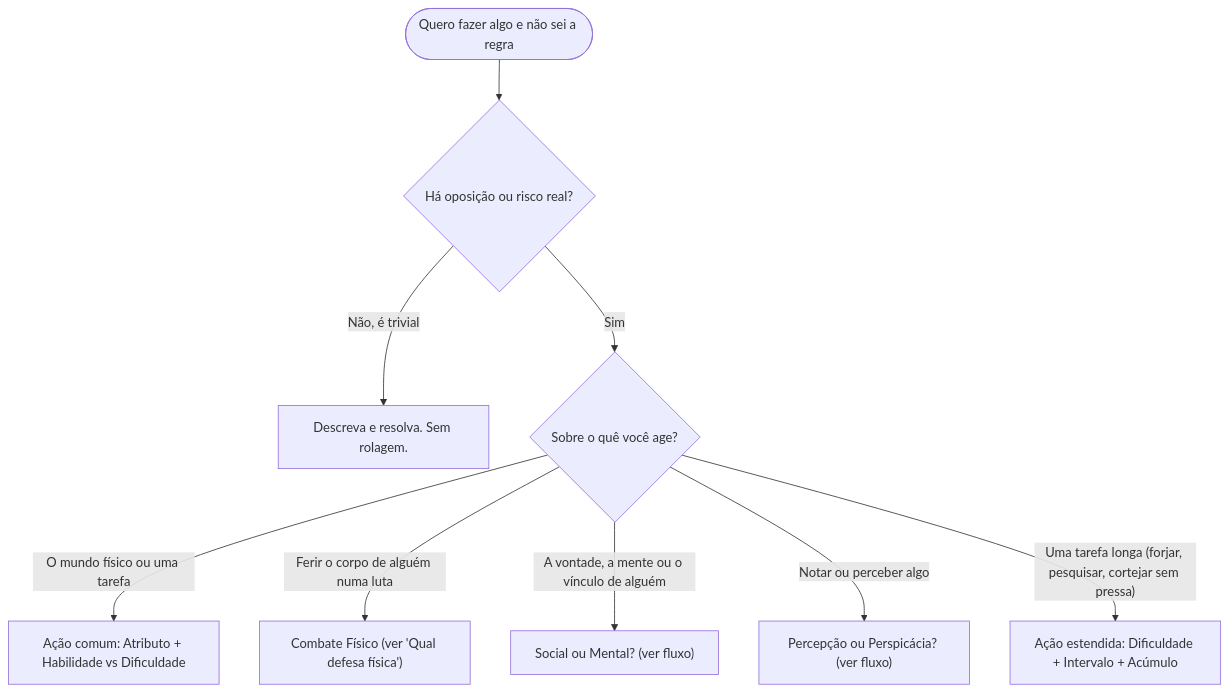
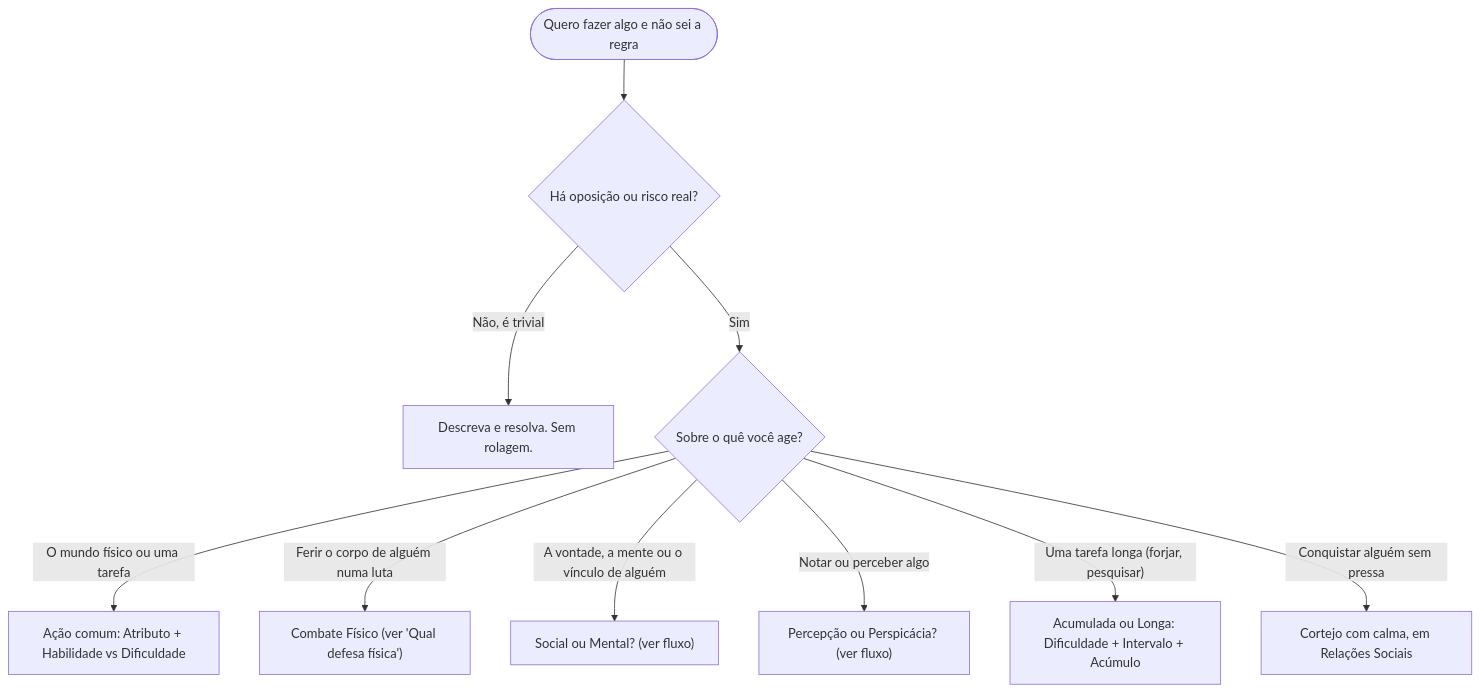
Before and after one commit to f-neves/centelha-rpg: the first of 6 diagrams in src/content/chapters/qual-sistema.md, drawn with Mermaid. The commit also changed other lines of this file and 30 other files, not shown here.

````diff
--- a/src/content/chapters/qual-sistema.md
+++ b/src/content/chapters/qual-sistema.md
@@ -16,11 +16,12 @@
 ```mermaid
 flowchart TD
   Start(["Quero fazer algo e não sei a regra"]) --> Q0{"Há oposição ou risco real?"}
   Q0 -->|"Não, é trivial"| Livre["Descreva e resolva. Sem rolagem."]
   Q0 -->|"Sim"| Q1{"Sobre o quê você age?"}
   Q1 -->|"O mundo físico ou uma tarefa"| Tarefa["Ação comum: Atributo + Habilidade vs Dificuldade"]
   Q1 -->|"Ferir o corpo de alguém numa luta"| Fisico["Combate Físico (ver 'Qual defesa física')"]
   Q1 -->|"A vontade, a mente ou o vínculo de alguém"| SM["Social ou Mental? (ver fluxo)"]
   Q1 -->|"Notar ou perceber algo"| PP["Percepção ou Perspicácia? (ver fluxo)"]
-  Q1 -->|"Uma tarefa longa (forjar, pesquisar, cortejar sem pressa)"| Est["Ação estendida: Dificuldade + Intervalo + Acúmulo"]
+  Q1 -->|"Uma tarefa longa (forjar, pesquisar)"| Est["Acumulada ou Longa: Dificuldade + Intervalo + Acúmulo"]
+  Q1 -->|"Conquistar alguém sem pressa"| Cor["Cortejo com calma, em Relações Sociais"]
 ```
````
